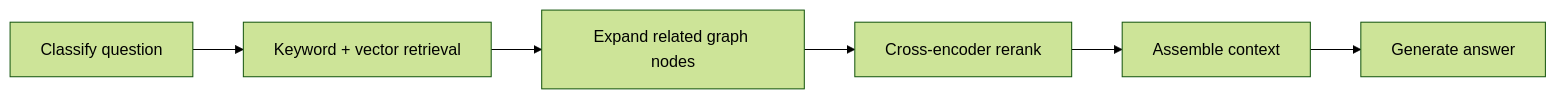
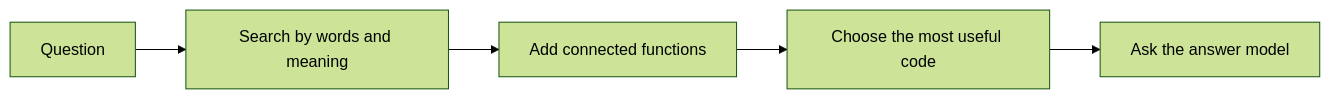
Before and after one commit to YashJain2410/CodeSage: the second of 2 diagrams in docs/ARCHITECTURE.md, drawn with Mermaid (forest theme). The commit also changed other lines of this file and 13 other files, not shown here.

Commit message:
Fixed architecture and documentation

````diff
--- a/docs/ARCHITECTURE.md
+++ b/docs/ARCHITECTURE.md
@@ -30,8 +28,7 @@
 ```mermaid
 flowchart LR
-    A[Classify question] --> B[Keyword + vector retrieval]
-    B --> C[Expand related graph nodes]
-    C --> D[Cross-encoder rerank]
-    D --> E[Assemble context]
-    E --> F[Generate answer]
+    A[Question] --> B[Search by words and meaning]
+    B --> C[Add connected functions]
+    C --> D[Choose the most useful code]
+    D --> E[Ask the answer model]
 ```
````
